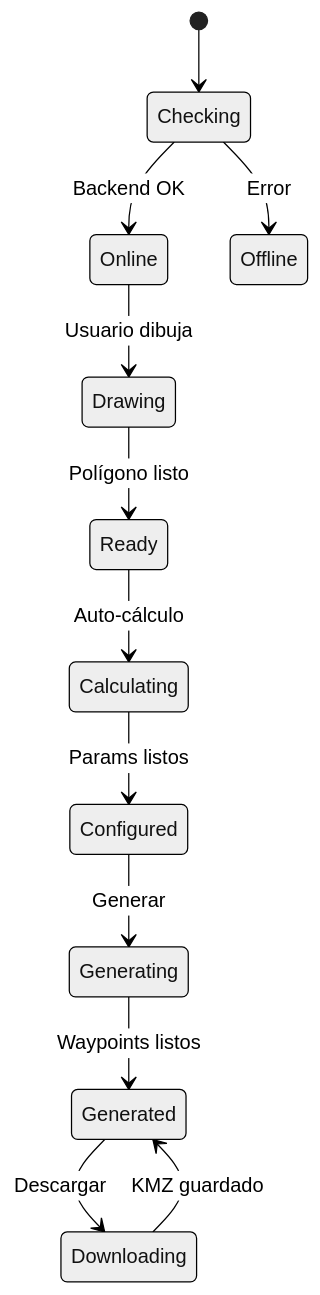
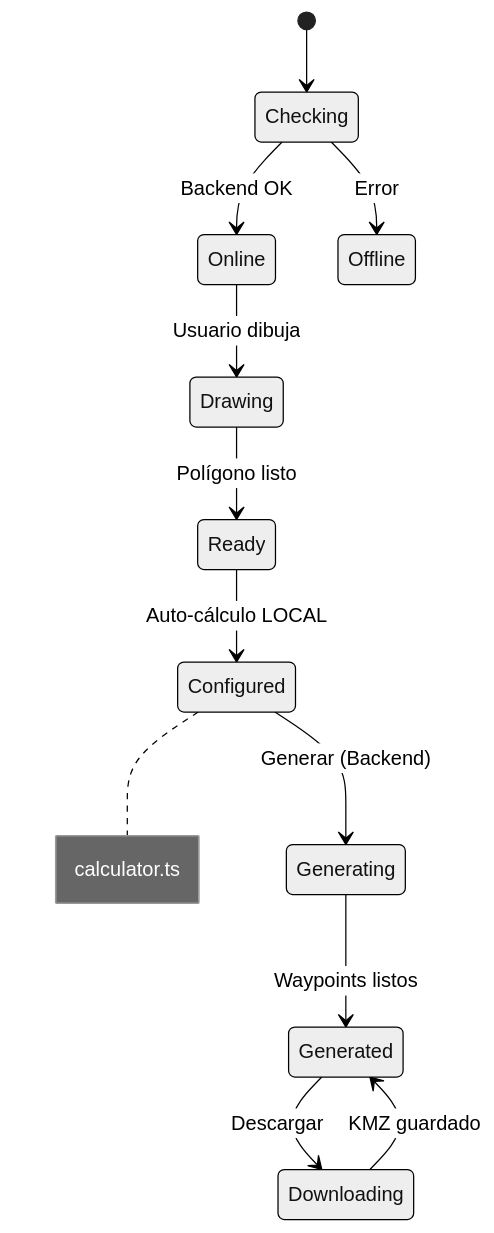
Before and after one commit to geoai-latam/WaypointsDJI: the second of 3 diagrams in geoflight/frontend/README.md, drawn with Mermaid (neutral theme). The commit also changed other lines of this file and 2 other files, not shown here.

````diff
--- a/geoflight/frontend/README.md
+++ b/geoflight/frontend/README.md
@@ -158,18 +177,18 @@
 ```mermaid
 stateDiagram-v2
     [*] --> Checking
     Checking --> Online: Backend OK
     Checking --> Offline: Error
 
     Online --> Drawing: Usuario dibuja
     Drawing --> Ready: Polígono listo
 
-    Ready --> Calculating: Auto-cálculo
-    Calculating --> Configured: Params listos
+    Ready --> Configured: Auto-cálculo LOCAL
+    note right of Configured: calculator.ts
 
-    Configured --> Generating: Generar
+    Configured --> Generating: Generar (Backend)
     Generating --> Generated: Waypoints listos
 
     Generated --> Downloading: Descargar
     Downloading --> Generated: KMZ guardado
 ```
````
